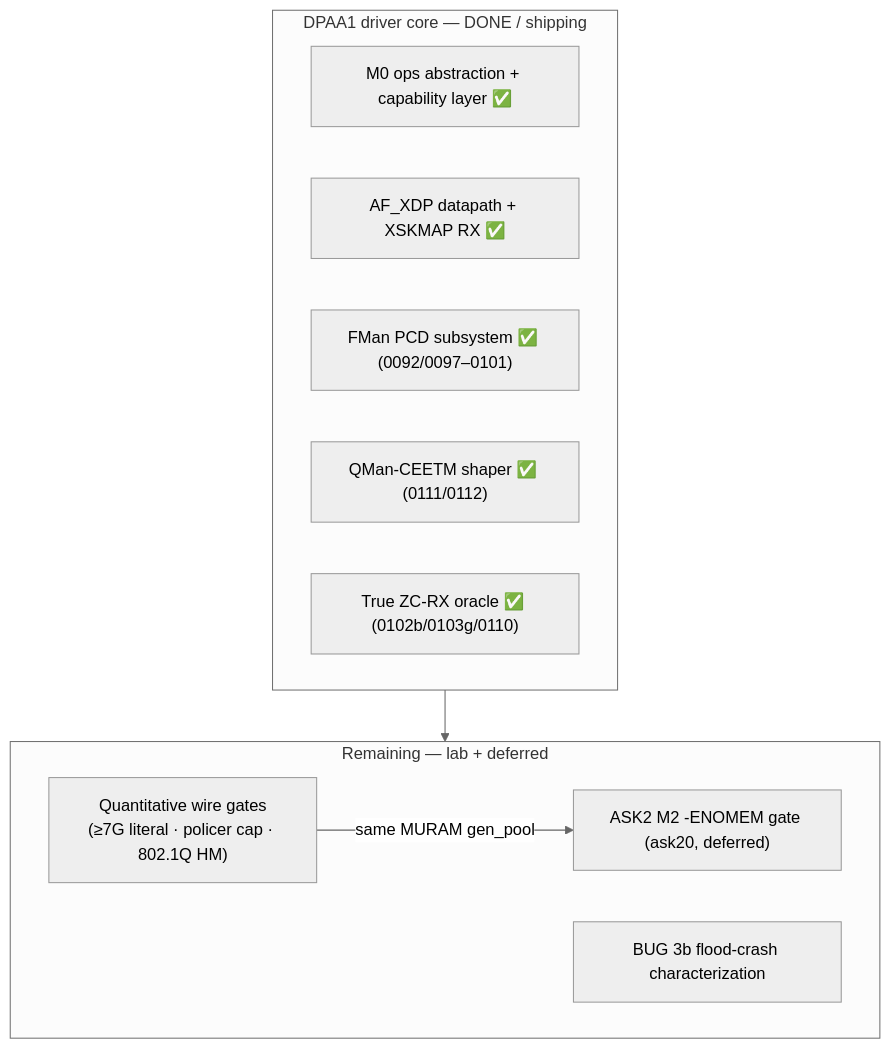
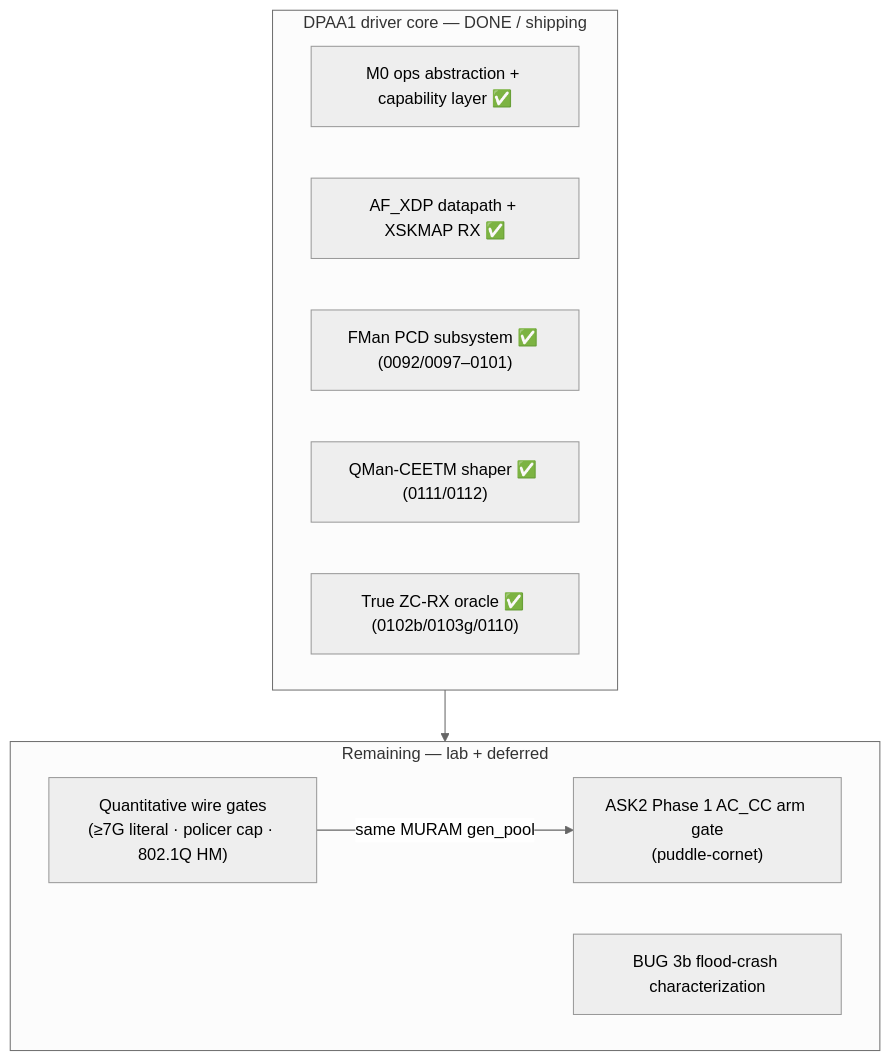
One commit to mihakralj/vyos-ls1046a-build changed the diagram in plans/COMPLETION-PLAN.md. Above: the diagram before and after it, drawn with Mermaid (neutral theme). The commit also changed other lines of this file and 20 other files, not shown here.

````diff
--- a/plans/COMPLETION-PLAN.md
+++ b/plans/COMPLETION-PLAN.md
@@ -42,17 +43,17 @@
 ```mermaid
 graph TD
     subgraph CORE["DPAA1 driver core — DONE / shipping"]
         M0["M0 ops abstraction + capability layer ✅"]
         AFXDP["AF_XDP datapath + XSKMAP RX ✅"]
         PCD["FMan PCD subsystem ✅ (0092/0097–0101)"]
         CEETM["QMan-CEETM shaper ✅ (0111/0112)"]
         ZC["True ZC-RX oracle ✅ (0102b/0103g/0110)"]
     end
     subgraph OPEN["Remaining — lab + deferred"]
         GEN["Quantitative wire gates<br/>(≥7G literal · policer cap · 802.1Q HM)"]
         FLOOD["BUG 3b flood-crash characterization"]
-        ASK2["ASK2 M2 -ENOMEM gate (ask20, deferred)"]
+        ASK2["ASK2 Phase 1 AC_CC arm gate\n(puddle-cornet)"]
     end
     CORE --> OPEN
     GEN -->|same MURAM gen_pool| ASK2
 ```
````
